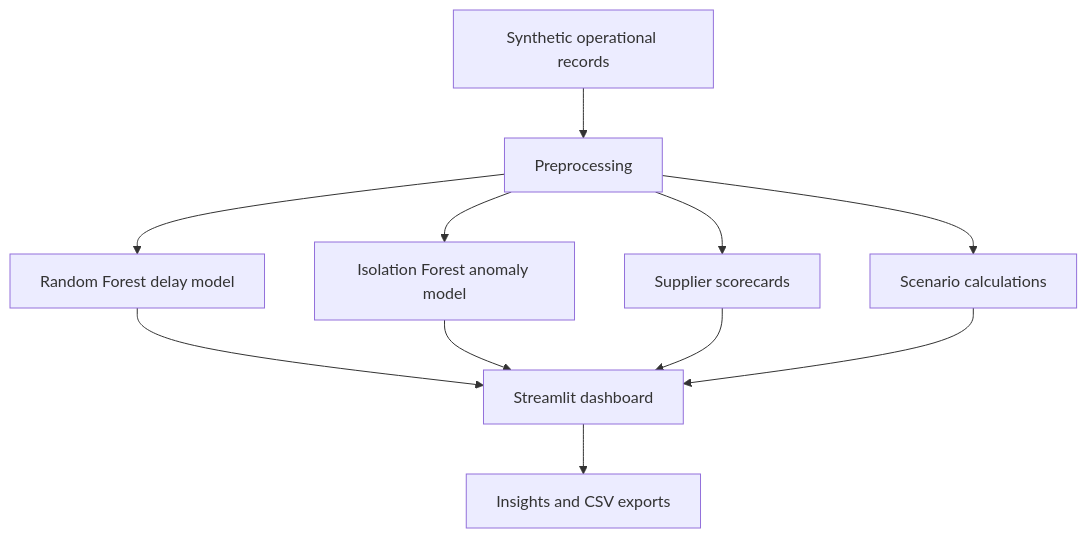
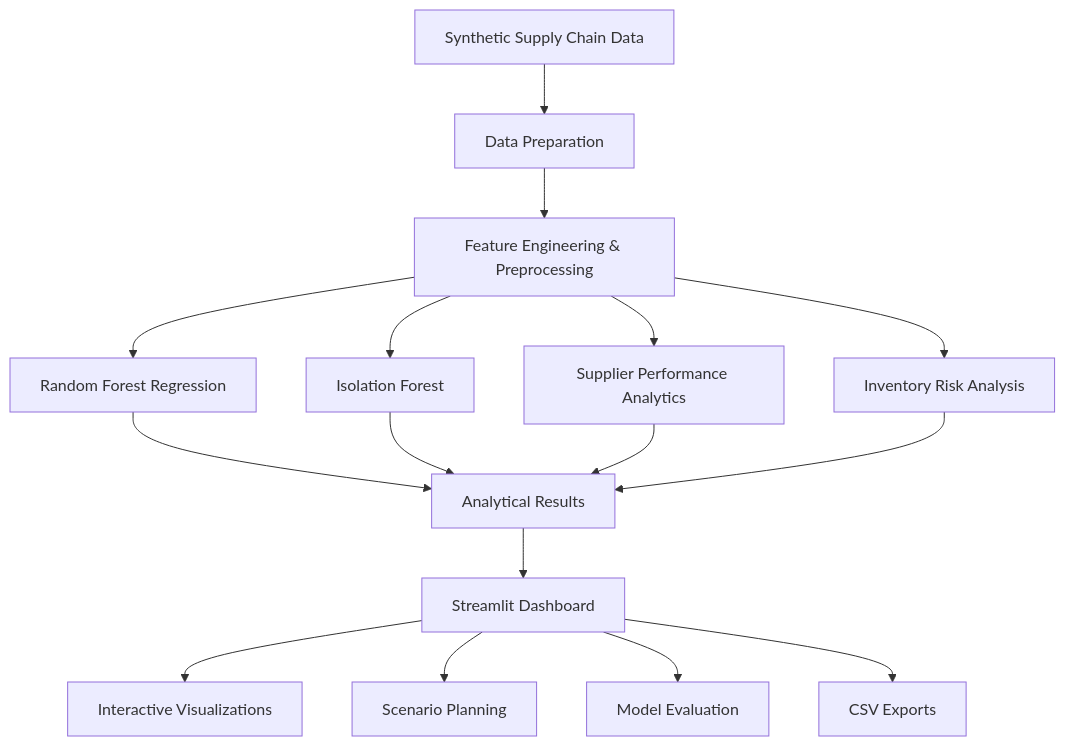
The diagram in README.md (Riyaz077/SupplyChainIQ_AI-Intelligent-Supply-Chain-Intelligence), drawn with Mermaid before and after one commit. The commit also changed other lines of this file, not shown here.

````diff
--- a/README.md
+++ b/README.md
@@ -43,13 +210,21 @@
 ```mermaid
 flowchart TD
- A[Synthetic operational records] --> B[Preprocessing]
- B --> C[Random Forest delay model]
- B --> D[Isolation Forest anomaly model]
- B --> E[Supplier scorecards]
- B --> F[Scenario calculations]
- C --> G[Streamlit dashboard]
- D --> G
- E --> G
- F --> G
- G --> H[Insights and CSV exports]
+    A["Synthetic Supply Chain Data"] --> B["Data Preparation"]
+    B --> C["Feature Engineering & Preprocessing"]
+
+    C --> D["Random Forest Regression"]
+    C --> E["Isolation Forest"]
+    C --> F["Supplier Performance Analytics"]
+    C --> G["Inventory Risk Analysis"]
+
+    D --> H["Analytical Results"]
+    E --> H
+    F --> H
+    G --> H
+
+    H --> I["Streamlit Dashboard"]
+    I --> J["Interactive Visualizations"]
+    I --> K["Scenario Planning"]
+    I --> L["Model Evaluation"]
+    I --> M["CSV Exports"]
 ```
````
